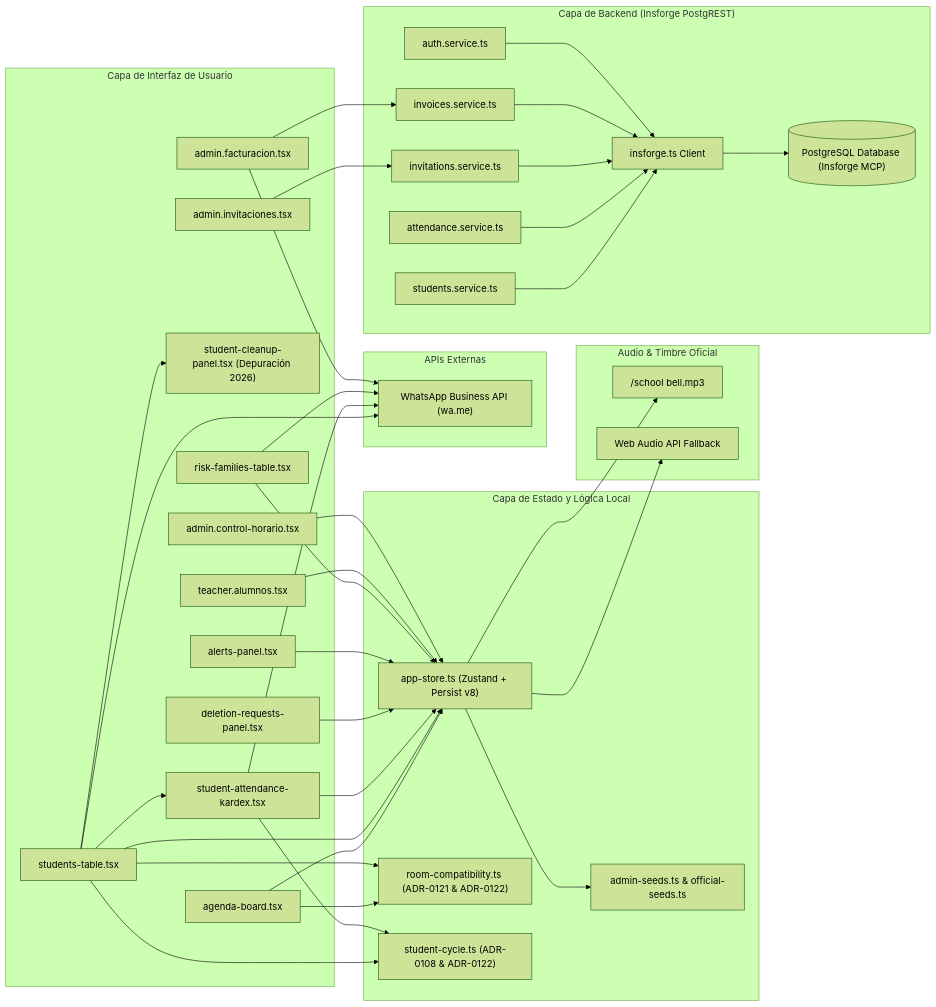
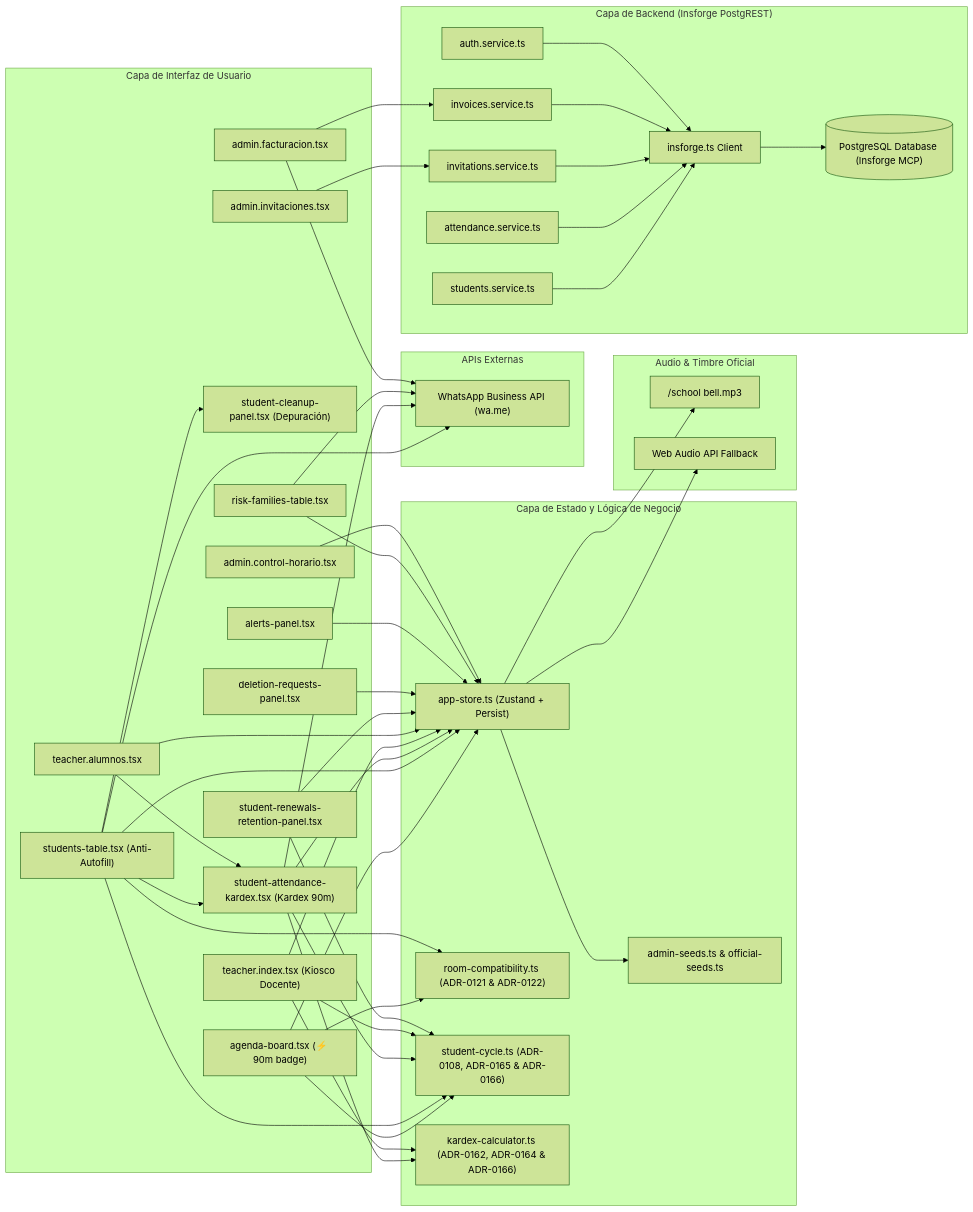
Before and after one commit to vibramusicpe-commits/maestro-mentor-guide: the diagram in docs/graphify/dependency_graph.mermaid, drawn with Mermaid (forest theme). The commit also changed other lines of this file and 8 other files, not shown here.

Commit message:
docs: formalize ADRs 0164 to 0166, update CHANGELOG, system_audit.log, Engram and Graphify knowledge graphs

```diff
--- a/docs/graphify/dependency_graph.mermaid
+++ b/docs/graphify/dependency_graph.mermaid
@@ -4,10 +4,10 @@
 graph LR
     %% UI Components
     subgraph UI_Layer ["Capa de Interfaz de Usuario"]
-        AgendaBoardComp["agenda-board.tsx"]
-        StudentsTableComp["students-table.tsx"]
-        StudentAttendanceKardexComp["student-attendance-kardex.tsx"]
-        StudentCleanupPanelComp["student-cleanup-panel.tsx (Depuración 2026)"]
+        AgendaBoardComp["agenda-board.tsx (⚡ 90m badge)"]
+        StudentsTableComp["students-table.tsx (Anti-Autofill)"]
+        StudentAttendanceKardexComp["student-attendance-kardex.tsx (Kardex 90m)"]
+        StudentCleanupPanelComp["student-cleanup-panel.tsx (Depuración)"]
         DeletionPanelComp["deletion-requests-panel.tsx"]
         AlertsPanelComp["alerts-panel.tsx"]
         RiskFamiliesComp["risk-families-table.tsx"]
@@ -15,14 +15,17 @@
         InvitacionesComp["admin.invitaciones.tsx"]
         FacturacionComp["admin.facturacion.tsx"]
         TeacherAlumnosComp["teacher.alumnos.tsx"]
+        TeacherIndexComp["teacher.index.tsx (Kiosco Docente)"]
+        RenewalsPanelComp["student-renewals-retention-panel.tsx"]
     end
 
     %% State & Logic
-    subgraph State_Layer ["Capa de Estado y Lógica Local"]
-        Store["app-store.ts (Zustand + Persist v8)"]
+    subgraph State_Layer ["Capa de Estado y Lógica de Negocio"]
+        Store["app-store.ts (Zustand + Persist)"]
         Seeds["admin-seeds.ts & official-seeds.ts"]
         RoomComp["room-compatibility.ts (ADR-0121 & ADR-0122)"]
-        StudentCycle["student-cycle.ts (ADR-0108 & ADR-0122)"]
+        StudentCycle["student-cycle.ts (ADR-0108, ADR-0165 & ADR-0166)"]
+        KardexCalc["kardex-calculator.ts (ADR-0162, ADR-0164 & ADR-0166)"]
     end
 
     %% Audio & Media
@@ -50,6 +53,7 @@
     %% Relaciones
     AgendaBoardComp --> Store
     AgendaBoardComp --> RoomComp
+    AgendaBoardComp --> StudentCycle
     StudentsTableComp --> Store
     StudentsTableComp --> RoomComp
     StudentsTableComp --> StudentCycle
@@ -57,10 +61,17 @@
     StudentsTableComp --> StudentAttendanceKardexComp
     StudentAttendanceKardexComp --> Store
     StudentAttendanceKardexComp --> StudentCycle
+    StudentAttendanceKardexComp --> KardexCalc
+    TeacherIndexComp --> Store
+    TeacherIndexComp --> StudentCycle
+    TeacherIndexComp --> KardexCalc
+    TeacherAlumnosComp --> Store
+    TeacherAlumnosComp --> StudentAttendanceKardexComp
+    RenewalsPanelComp --> Store
+    RenewalsPanelComp --> StudentCycle
     DeletionPanelComp --> Store
     AlertsPanelComp --> Store
     RiskFamiliesComp --> Store
-    TeacherAlumnosComp --> Store
     ControlHorarioComp --> Store
     InvitacionesComp --> InvitationsSvc
     FacturacionComp --> InvoicesSvc
```
